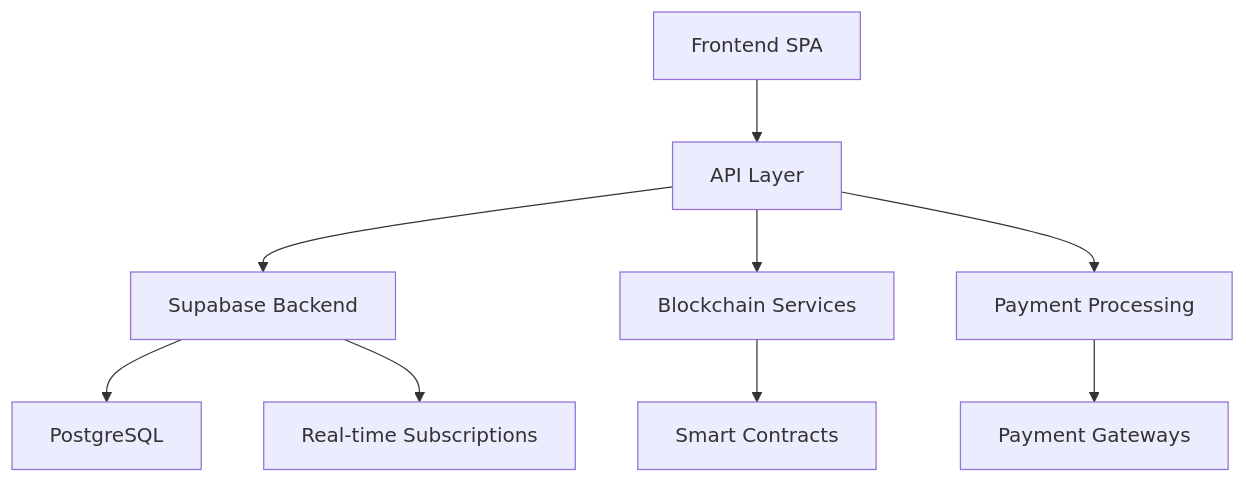
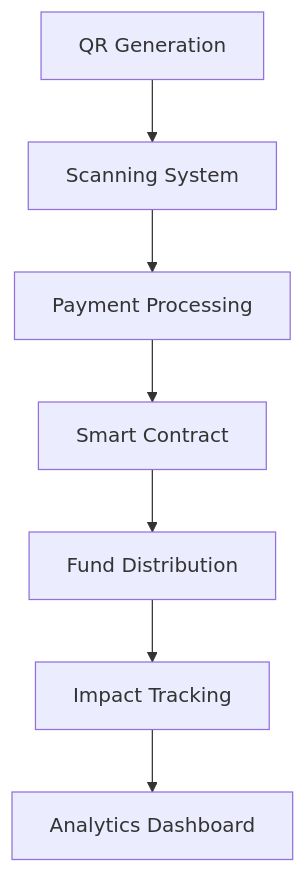
One commit to mrj0nesmtl/sheltr-v2 changed the second of 10 diagrams in public/docs/about/whitepaper_final.md. Above: the diagram before and after it, drawn with Mermaid. The commit also changed other lines of this file and 58 other files, not shown here.

````diff
--- a/public/docs/about/whitepaper_final.md
+++ b/public/docs/about/whitepaper_final.md
@@ -89,11 +130,9 @@
 ```mermaid
 graph TB
-    A[Frontend SPA] --> B[API Layer]
-    B --> C[Supabase Backend]
-    B --> D[Blockchain Services]
-    B --> E[Payment Processing]
-    C --> F[PostgreSQL]
-    C --> G[Real-time Subscriptions]
-    D --> H[Smart Contracts]
-    E --> I[Payment Gateways]
+    A[QR Generation] --> B[Scanning System]
+    B --> C[Payment Processing]
+    C --> D[Smart Contract]
+    D --> E[Fund Distribution]
+    E --> F[Impact Tracking]
+    F --> G[Analytics Dashboard]
 ```
````
